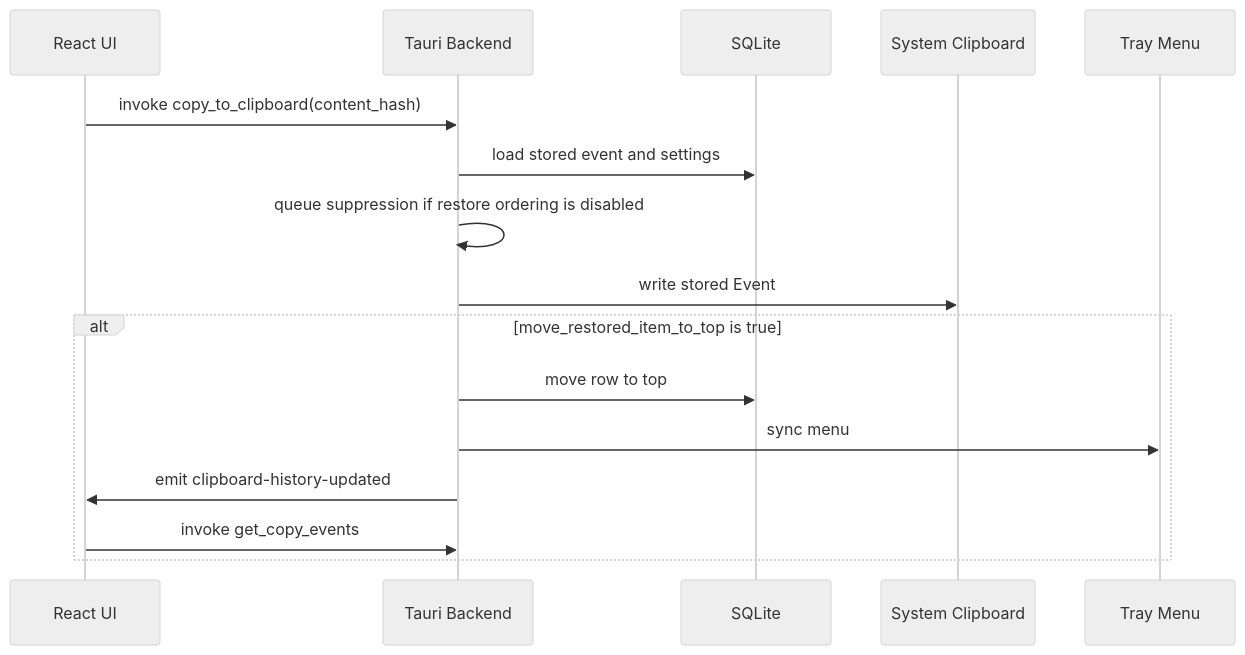
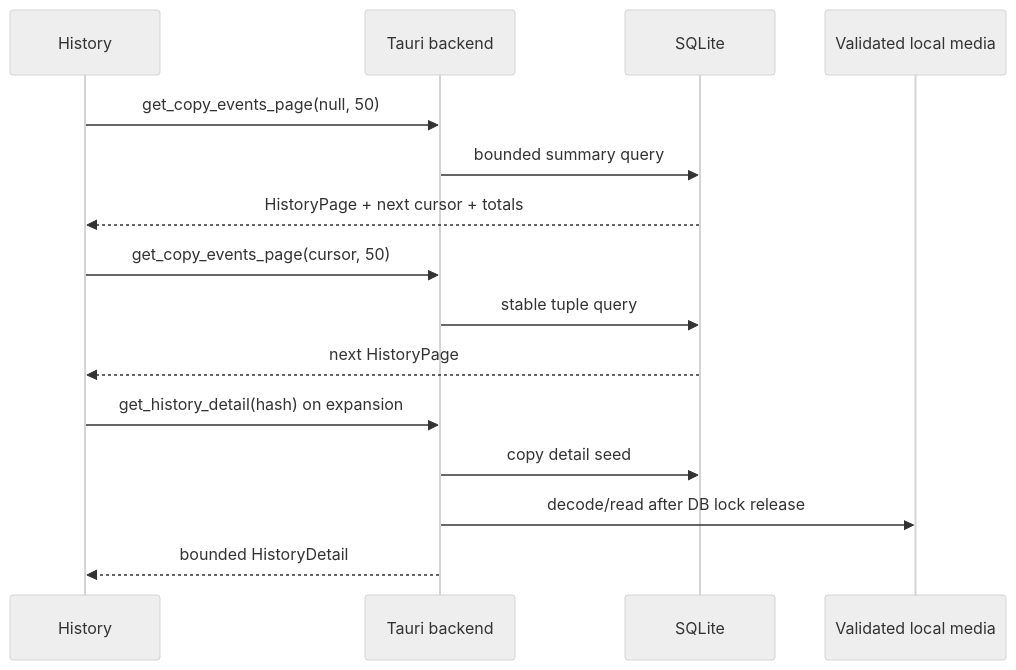
One commit to vdpw/copy_stack changed the second of 2 diagrams in docs/clipboard-flows.md. Above: the diagram before and after it, drawn with Mermaid (neutral theme). The commit also changed other lines of this file and 92 other files, not shown here.

Commit message:
Harden clipboard history architecture and security

````diff
--- a/docs/clipboard-flows.md
+++ b/docs/clipboard-flows.md
@@ -51,19 +59,18 @@
 ```mermaid
 sequenceDiagram
-  participant UI as React UI
-  participant Backend as Tauri Backend
+  participant UI as History
+  participant Backend as Tauri backend
   participant DB as SQLite
-  participant Clipboard as System Clipboard
-  participant Tray as Tray Menu
+  participant Media as Validated local media
 
-  UI->>Backend: invoke copy_to_clipboard(content_hash)
-  Backend->>DB: load stored event and settings
-  Backend->>Backend: queue suppression if restore ordering is disabled
-  Backend->>Clipboard: write stored Event
-  alt move_restored_item_to_top is true
-    Backend->>DB: move row to top
-    Backend->>Tray: sync menu
-    Backend->>UI: emit clipboard-history-updated
-    UI->>Backend: invoke get_copy_events
-  end
+  UI->>Backend: get_copy_events_page(null, 50)
+  Backend->>DB: bounded summary query
+  DB-->>UI: HistoryPage + next cursor + totals
+  UI->>Backend: get_copy_events_page(cursor, 50)
+  Backend->>DB: stable tuple query
+  DB-->>UI: next HistoryPage
+  UI->>Backend: get_history_detail(hash) on expansion
+  Backend->>DB: copy detail seed
+  Backend->>Media: decode/read after DB lock release
+  Backend-->>UI: bounded HistoryDetail
 ```
````
